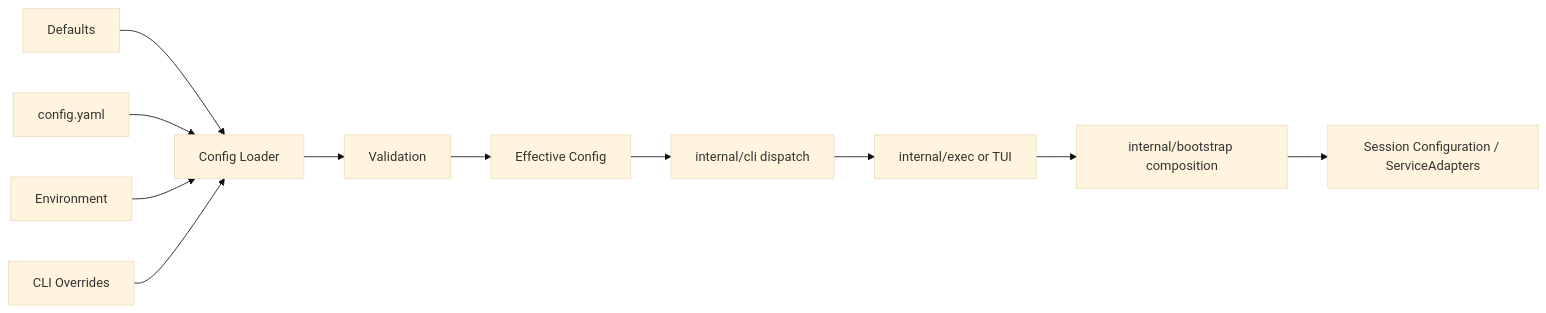
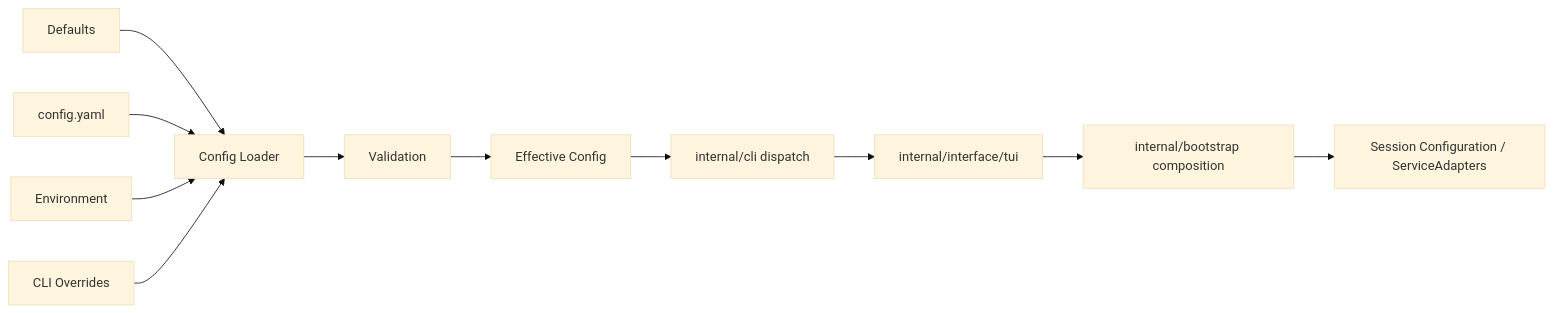
The fourth of 24 diagrams in docs/architecture-whitepaper.md (Godric-W/Amadeus), drawn with Mermaid (base theme) before and after one commit. The commit also changed other lines of this file and 52 other files, not shown here.

````diff
--- a/docs/architecture-whitepaper.md
+++ b/docs/architecture-whitepaper.md
@@ -246,25 +246,25 @@
 ```mermaid
 flowchart LR
     D[Defaults]
     F[config.yaml]
     E[Environment]
     C[CLI Overrides]
     L[Config Loader]
     V[Validation]
     CFG[Effective Config]
     CLI[internal/cli dispatch]
     COMP[internal/bootstrap composition]
-	EXEC[internal/exec or TUI]
+    TUI[internal/interface/tui]
     SS[Session Configuration / ServiceAdapters]
 
     D --> L
     F --> L
     E --> L
     C --> L
     L --> V
     V --> CFG
-	CFG --> CLI
-	CLI --> EXEC
-	EXEC --> COMP
+    CFG --> CLI
+    CLI --> TUI
+    TUI --> COMP
     COMP --> SS
 ```
````
